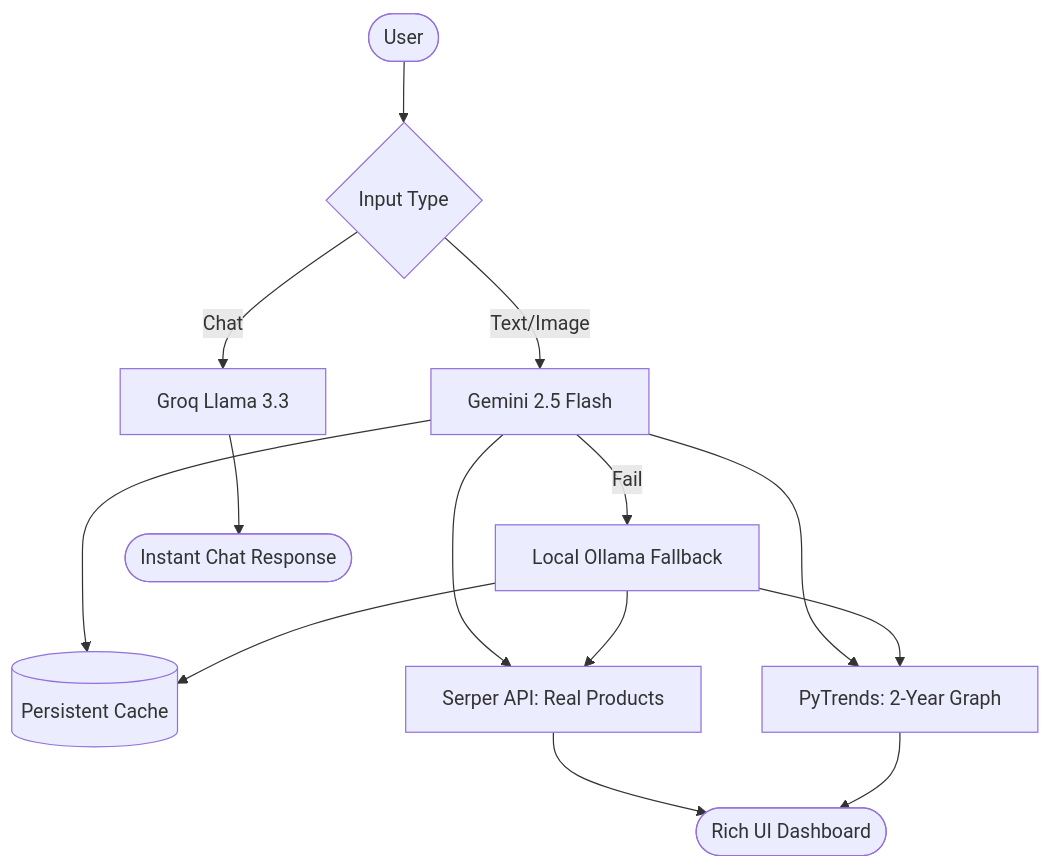
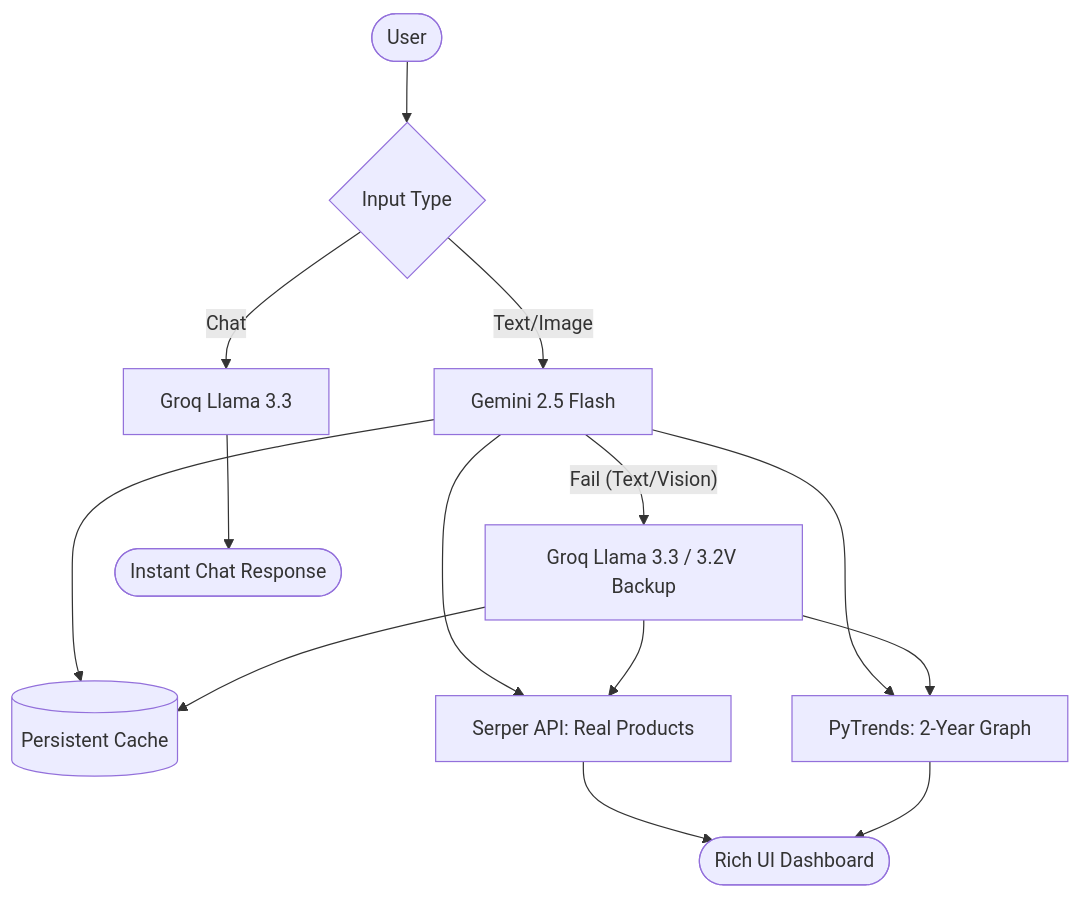
One commit to Shivamsingh8596/AI-Retail-Trend-Analyzer changed the diagram in README.md. Above: the diagram before and after it, drawn with Mermaid. The commit also changed other lines of this file and 4 other files, not shown here.

Commit message:
feat: remove Ollama fallback and implement Groq fallback for text and image analysis

````diff
--- a/README.md
+++ b/README.md
@@ -34,17 +34,17 @@
 ```mermaid
 graph TD
     User([User]) --> Input{Input Type}
     
     Input -- "Text/Image" --> AI[Gemini 2.5 Flash]
-    AI -- "Fail" --> Local[Local Ollama Fallback]
+    AI -- "Fail (Text/Vision)" --> GroqFallback[Groq Llama 3.3 / 3.2V Backup]
     
-    AI & Local --> Cache[(Persistent Cache)]
+    AI & GroqFallback --> Cache[(Persistent Cache)]
     
-    AI & Local --> Serper[Serper API: Real Products]
-    AI & Local --> Trends[PyTrends: 2-Year Graph]
+    AI & GroqFallback --> Serper[Serper API: Real Products]
+    AI & GroqFallback --> Trends[PyTrends: 2-Year Graph]
     
     Serper & Trends --> Dashboard([Rich UI Dashboard])
     
-    Input -- "Chat" --> Groq[Groq Llama 3.3]
-    Groq --> Chatbot([Instant Chat Response])
+    Input -- "Chat" --> GroqChat[Groq Llama 3.3]
+    GroqChat --> Chatbot([Instant Chat Response])
 ```
````
